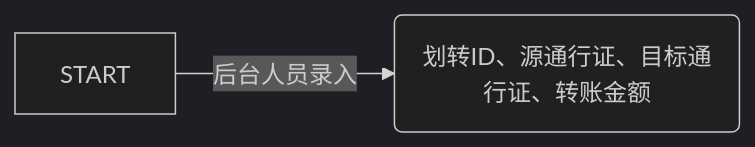
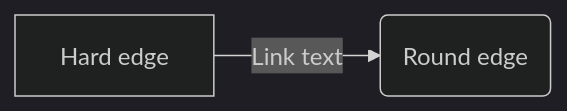
The diagram in README.md (ma-luyang/shimobang), drawn with Mermaid (dark theme) before and after one commit.

````diff
--- a/README.md
+++ b/README.md
@@ -3,4 +3,4 @@
 ```mermaid
 flowchart LR
-    A[START] -->|后台人员录入| B(划转ID、源通行证、目标通行证、转账金额);
+    A[Hard edge] -->|Link text| B(Round edge)
 ```
````
